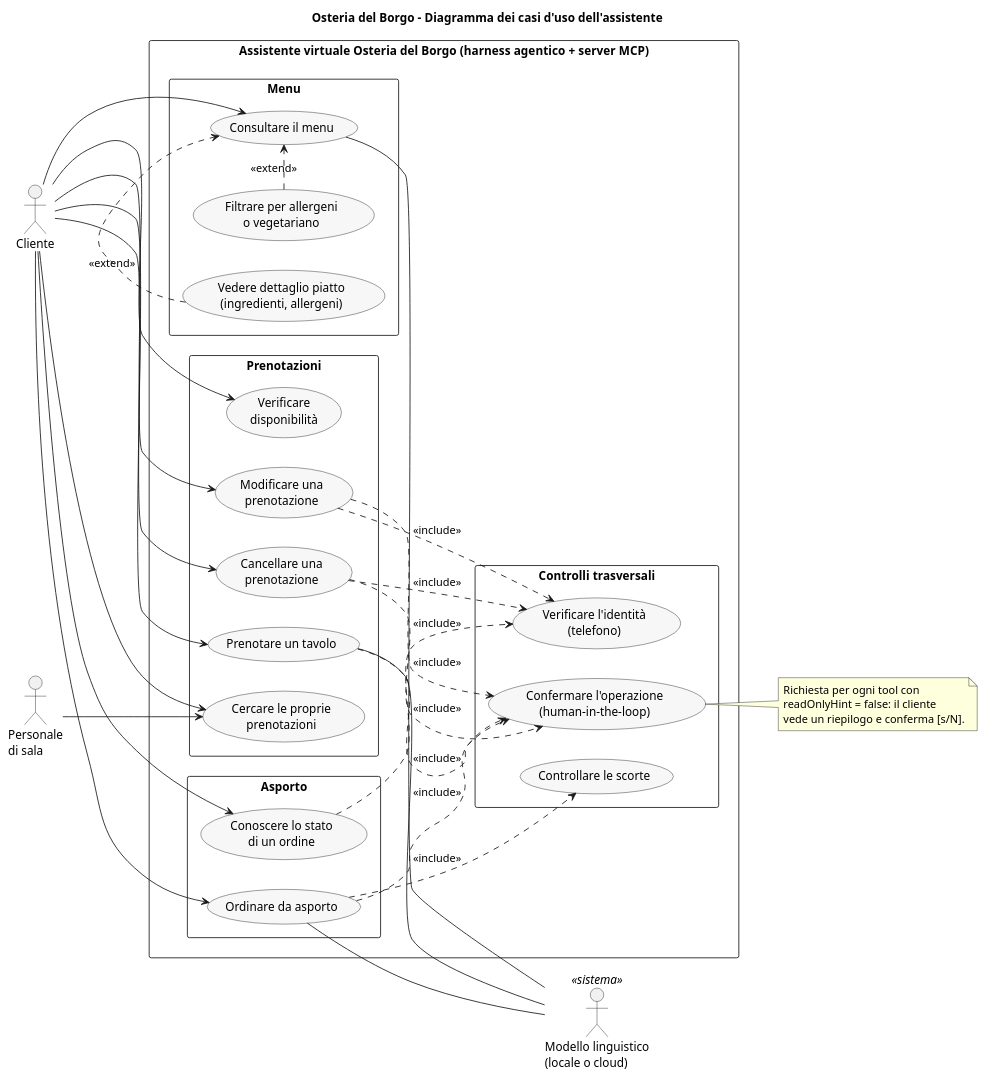
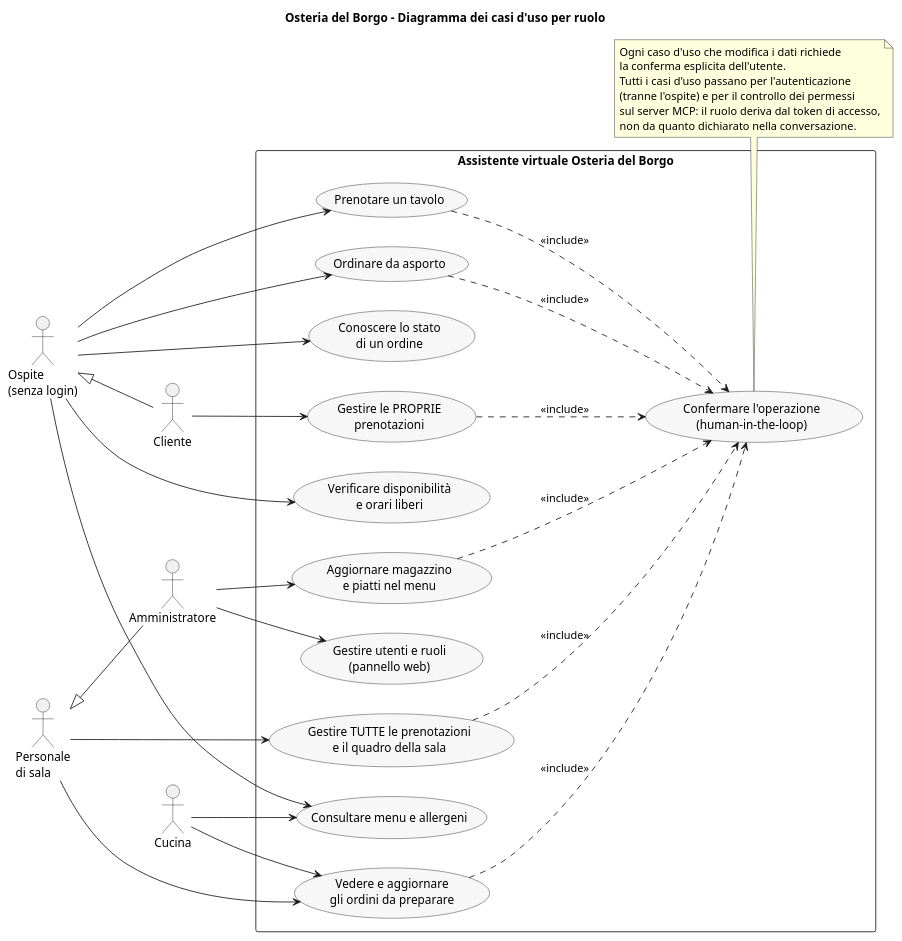
The diagram in docs/diagrammi/casi_uso.puml (Gabrymarg/Gabrymarg-AI-MCP), drawn with PlantUML before and after one commit. The commit also changed 67 other files, not shown here.

First line of the commit message:
Web app con utenti, ruoli e permessi; server MCP via HTTP con token

```diff
--- a/docs/diagrammi/casi_uso.puml
+++ b/docs/diagrammi/casi_uso.puml
@@ -1,70 +1,61 @@
 @startuml casi_uso
-title Osteria del Borgo - Diagramma dei casi d'uso dell'assistente
+title Osteria del Borgo - Diagramma dei casi d'uso per ruolo
 skinparam shadowing false
 skinparam packageStyle rectangle
 skinparam usecase {
   BackgroundColor #F7F7F7
 }
 left to right direction
 
+actor "Ospite\n(senza login)" as Ospite
 actor Cliente
-actor "Personale\ndi sala" as Staff
-actor "Modello linguistico\n(locale o cloud)" as LLM <<sistema>>
+actor "Personale\ndi sala" as Sala
+actor Cucina
+actor Amministratore as Admin
 
-rectangle "Assistente virtuale Osteria del Borgo  (harness agentico + server MCP)" {
-  package "Menu" {
-    usecase "Consultare il menu" as M1
-    usecase "Filtrare per allergeni\no vegetariano" as M2
-    usecase "Vedere dettaglio piatto\n(ingredienti, allergeni)" as M3
-  }
-  package "Prenotazioni" {
-    usecase "Verificare\ndisponibilità" as P1
-    usecase "Prenotare un tavolo" as P2
-    usecase "Cercare le proprie\nprenotazioni" as P3
-    usecase "Modificare una\nprenotazione" as P4
-    usecase "Cancellare una\nprenotazione" as P5
-  }
-  package "Asporto" {
-    usecase "Ordinare da asporto" as O1
-    usecase "Conoscere lo stato\ndi un ordine" as O2
-  }
-  package "Controlli trasversali" {
-    usecase "Confermare l'operazione\n(human-in-the-loop)" as C1
-    usecase "Verificare l'identità\n(telefono)" as C2
-    usecase "Controllare le scorte" as C3
-  }
+Ospite <|-- Cliente
+Sala <|-- Admin
+
+rectangle "Assistente virtuale Osteria del Borgo" {
+  usecase "Consultare menu e allergeni" as M1
+  usecase "Verificare disponibilità\ne orari liberi" as P1
+  usecase "Prenotare un tavolo" as P2
+  usecase "Ordinare da asporto" as O1
+  usecase "Conoscere lo stato\ndi un ordine" as O2
+  usecase "Gestire le PROPRIE\nprenotazioni" as P3
+  usecase "Gestire TUTTE le prenotazioni\ne il quadro della sala" as P4
+  usecase "Vedere e aggiornare\ngli ordini da preparare" as O3
+  usecase "Aggiornare magazzino\ne piatti nel menu" as A1
+  usecase "Gestire utenti e ruoli\n(pannello web)" as A2
+  usecase "Confermare l'operazione\n(human-in-the-loop)" as C1
 }
 
-Cliente --> M1
-Cliente --> P1
-Cliente --> P2
+Ospite --> M1
+Ospite --> P1
+Ospite --> P2
+Ospite --> O1
+Ospite --> O2
 Cliente --> P3
-Cliente --> P4
-Cliente --> P5
-Cliente --> O1
-Cliente --> O2
-
-M2 .> M1 : <<extend>>
-M3 .> M1 : <<extend>>
+Sala --> P4
+Sala --> O3
+Cucina --> M1
+Cucina --> O3
+Admin --> A1
+Admin --> A2
 
 P2 ..> C1 : <<include>>
+O1 ..> C1 : <<include>>
+P3 ..> C1 : <<include>>
 P4 ..> C1 : <<include>>
-P5 ..> C1 : <<include>>
-O1 ..> C1 : <<include>>
-P4 ..> C2 : <<include>>
-P5 ..> C2 : <<include>>
-O2 ..> C2 : <<include>>
-O1 ..> C3 : <<include>>
+O3 ..> C1 : <<include>>
+A1 ..> C1 : <<include>>
 
-Staff --> P3
-
-M1 -- LLM
-P2 -- LLM
-O1 -- LLM
-
-note right of C1
-  Richiesta per ogni tool con
-  readOnlyHint = false: il cliente
-  vede un riepilogo e conferma [s/N].
+note bottom of C1
+  Ogni caso d'uso che modifica i dati richiede
+  la conferma esplicita dell'utente.
+  Tutti i casi d'uso passano per l'autenticazione
+  (tranne l'ospite) e per il controllo dei permessi
+  sul server MCP: il ruolo deriva dal token di accesso,
+  non da quanto dichiarato nella conversazione.
 end note
 @enduml
```
